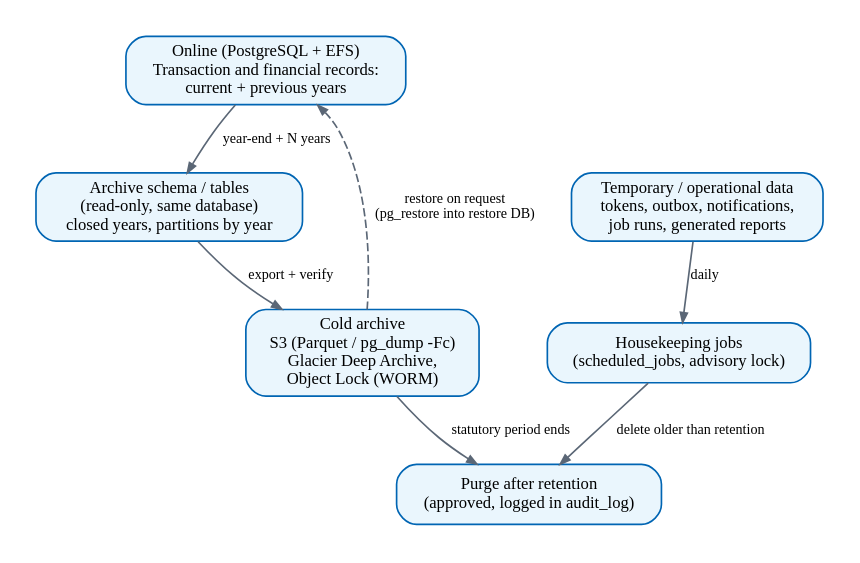
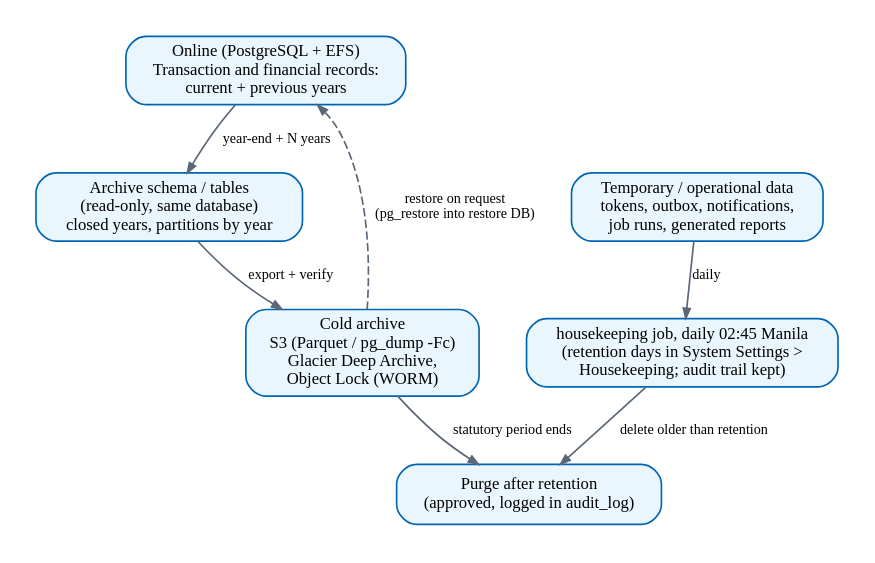
One commit to IortaTexhNXT-DEV/BDOI-OOTB changed the diagram in docs/architecture/diagrams/d10_data_lifecycle.dot. Above: the diagram before and after it, drawn with Graphviz. The commit also changed 33 other files, not shown here.

First line of the commit message:
Architecture diagrams: current modules, broker roles and the deployment on the BrokerVerse URL

```diff
--- a/docs/architecture/diagrams/d10_data_lifecycle.dot
+++ b/docs/architecture/diagrams/d10_data_lifecycle.dot
@@ -1,15 +1,15 @@
 // Data lifecycle: online, archive, purge (document 10). Periods are recommendations to be confirmed by compliance.
 digraph G {
   graph [rankdir=TB, fontname="Nunito", fontsize=11, nodesep=0.25, ranksep=0.45, pad=0.2];
   node  [shape=box, style="rounded,filled", fillcolor="#EAF6FD", color="#0065B3", fontname="Nunito", fontsize=10];
   edge  [color="#5B6776", fontname="Nunito", fontsize=8.5, arrowsize=0.6];
   live [label="Online (PostgreSQL + EFS)\nTransaction and financial records:\ncurrent + previous years"];
   arch [label="Archive schema / tables\n(read-only, same database)\nclosed years, partitions by year"];
   cold [label="Cold archive\nS3 (Parquet / pg_dump -Fc)\nGlacier Deep Archive,\nObject Lock (WORM)"];
   purge [label="Purge after retention\n(approved, logged in audit_log)"];
   tmp [label="Temporary / operational data\ntokens, outbox, notifications,\njob runs, generated reports"];
-  hk [label="Housekeeping jobs\n(scheduled_jobs, advisory lock)"];
+  hk [label="housekeeping job, daily 02:45 Manila\n(retention days in System Settings >\nHousekeeping; audit trail kept)"];
   live -> arch [label="year-end + N years"]; arch -> cold [label="export + verify"]; cold -> purge [label="statutory period ends"];
   tmp -> hk [label="daily"]; hk -> purge [label="delete older than retention"];
   cold -> live [label="restore on request\n(pg_restore into restore DB)", style=dashed];
 }
```
